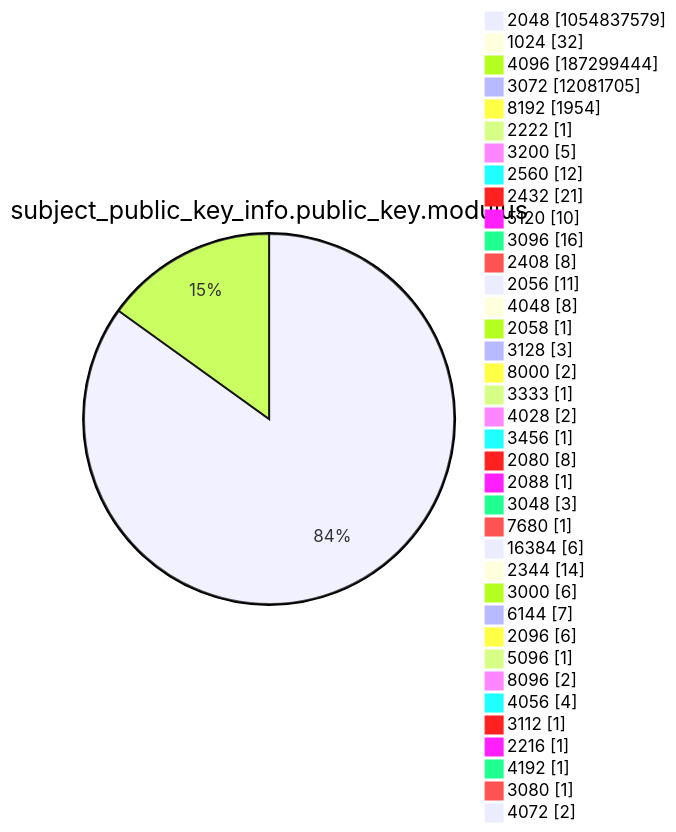
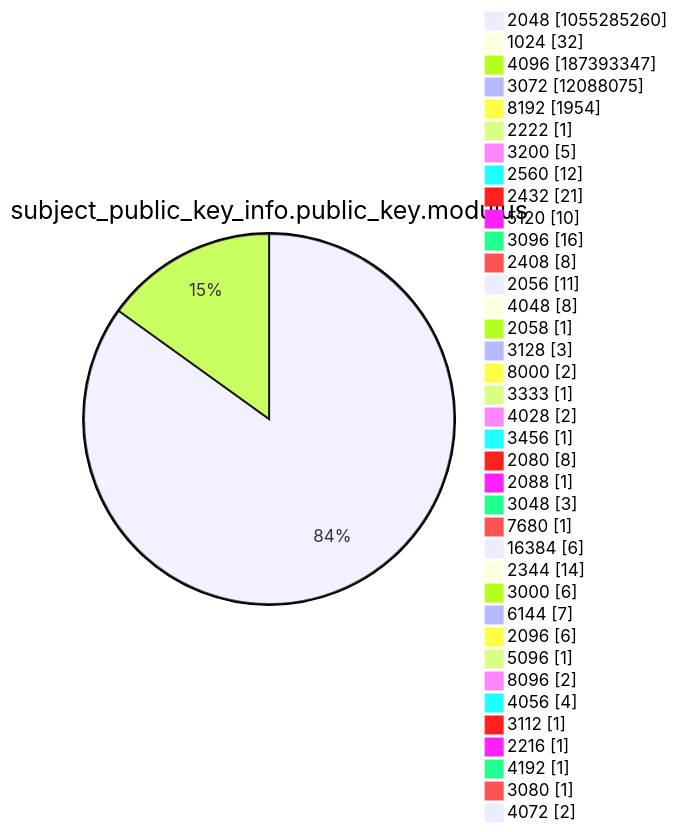
One commit to christiankrug/ctmonitor_visualization changed diagram 13 of 15 in argon2022/README.md. Above: the diagram before and after it, drawn with Mermaid. The commit also changed other lines of this file, not shown here.

````diff
--- a/argon2022/README.md
+++ b/argon2022/README.md
@@ -3589,41 +3589,41 @@
 ```mermaid
 pie showData
 title subject_public_key_info.public_key.modulus
-"2048" :1054837579
+"2048" :1055285260
 "1024" :32
-"4096" :187299444
-"3072" :12081705
+"4096" :187393347
+"3072" :12088075
 "8192" :1954
 "2222" :1
 "3200" :5
 "2560" :12
 "2432" :21
 "5120" :10
 "3096" :16
 "2408" :8
 "2056" :11
 "4048" :8
 "2058" :1
 "3128" :3
 "8000" :2
 "3333" :1
 "4028" :2
 "3456" :1
 "2080" :8
 "2088" :1
 "3048" :3
 "7680" :1
 "16384" :6
 "2344" :14
 "3000" :6
 "6144" :7
 "2096" :6
 "5096" :1
 "8096" :2
 "4056" :4
 "3112" :1
 "2216" :1
 "4192" :1
 "3080" :1
 "4072" :2
 ```
````
